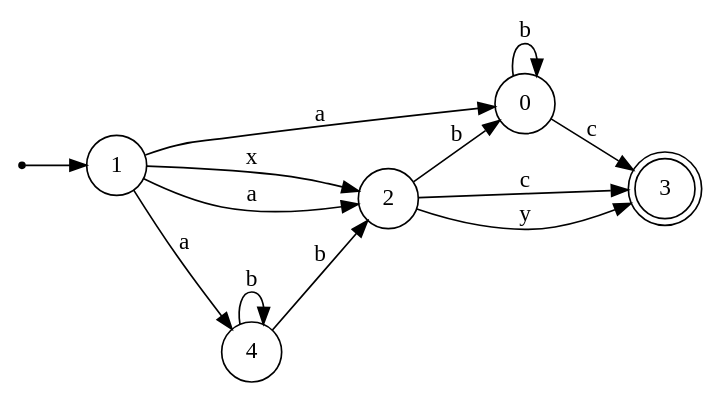
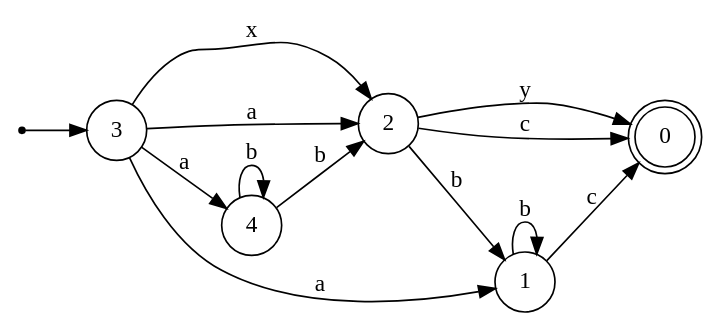
Before and after one commit to LeonardoDeFaveri/NFA-minimization: the diagram in min_right.gv, drawn with Graphviz. The commit also changed 3 other files, not shown here.

```diff
--- a/min_right.gv
+++ b/min_right.gv
@@ -1,22 +1,22 @@
 digraph {
 	rankdir = LR;
 	size = "30,20";
 	node [shape = point]; "dummy0"
-	node [shape = circle]; "1"
-	"dummy0" -> "1";
-	node [shape = circle]; "0";
+	node [shape = circle]; "3"
+	"dummy0" -> "3";
 	node [shape = circle]; "2";
-	node [shape = doublecircle]; "3";
+	node [shape = doublecircle]; "0";
 	node [shape = circle]; "4";
+	node [shape = circle]; "1";
+	"1" -> "1" [label = "b"];
+	"1" -> "0" [label = "c"];
+	"4" -> "4" [label = "b"];
 	"4" -> "2" [label = "b"];
-	"4" -> "4" [label = "b"];
-	"2" -> "3" [label = "c"];
-	"2" -> "3" [label = "y"];
-	"2" -> "0" [label = "b"];
-	"1" -> "2" [label = "x"];
-	"1" -> "0" [label = "a"];
-	"1" -> "2" [label = "a"];
-	"1" -> "4" [label = "a"];
-	"0" -> "0" [label = "b"];
-	"0" -> "3" [label = "c"];
+	"2" -> "1" [label = "b"];
+	"2" -> "0" [label = "y"];
+	"2" -> "0" [label = "c"];
+	"3" -> "2" [label = "x"];
+	"3" -> "1" [label = "a"];
+	"3" -> "4" [label = "a"];
+	"3" -> "2" [label = "a"];
 }
```
